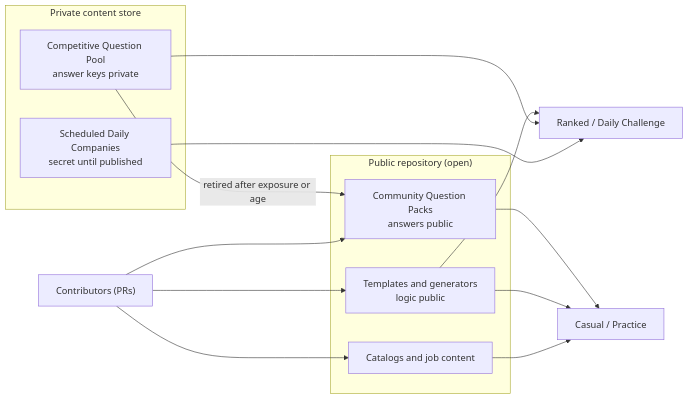
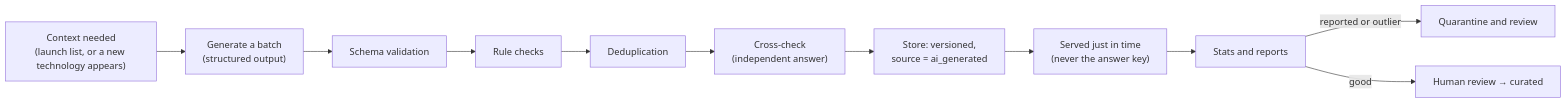
One commit to ricardoverita/cv-rush changed the first of 2 diagrams in docs/questions/content-strategy.md. Above: the diagram before and after it, drawn with Mermaid. The commit also changed other lines of this file and 39 other files, not shown here.

````diff
--- a/docs/questions/content-strategy.md
+++ b/docs/questions/content-strategy.md
@@ -45,22 +37,13 @@
 ```mermaid
 flowchart LR
-  subgraph public["Public repository (open)"]
-    packs["Community Question Packs<br/>answers public"]
-    templates["Templates and generators<br/>logic public"]
-    catalogs["Catalogs and job content"]
-  end
-  subgraph private["Private content store"]
-    pool["Competitive Question Pool<br/>answer keys private"]
-    daily["Scheduled Daily Companies<br/>secret until published"]
-  end
-  packs --> casual["Casual / Practice"]
-  templates --> casual
-  catalogs --> casual
-  templates --> ranked["Ranked / Daily Challenge"]
-  pool --> ranked
-  daily --> ranked
-  pool -->|"retired after exposure or age"| packs
-  contributors["Contributors (PRs)"] --> packs
-  contributors --> catalogs
-  contributors --> templates
+  need["Context needed<br/>(launch list, or a new technology appears)"] --> gen["Generate a batch<br/>(structured output)"]
+  gen --> schema["Schema validation"]
+  schema --> rules["Rule checks"]
+  rules --> dedupe["Deduplication"]
+  dedupe --> cross["Cross-check<br/>(independent answer)"]
+  cross --> store["Store: versioned,<br/>source = ai_generated"]
+  store --> serve["Served just in time<br/>(never the answer key)"]
+  serve --> stats["Stats and reports"]
+  stats -->|"reported or outlier"| quarantine["Quarantine and review"]
+  stats -->|"good"| promote["Human review → curated"]
 ```
````
